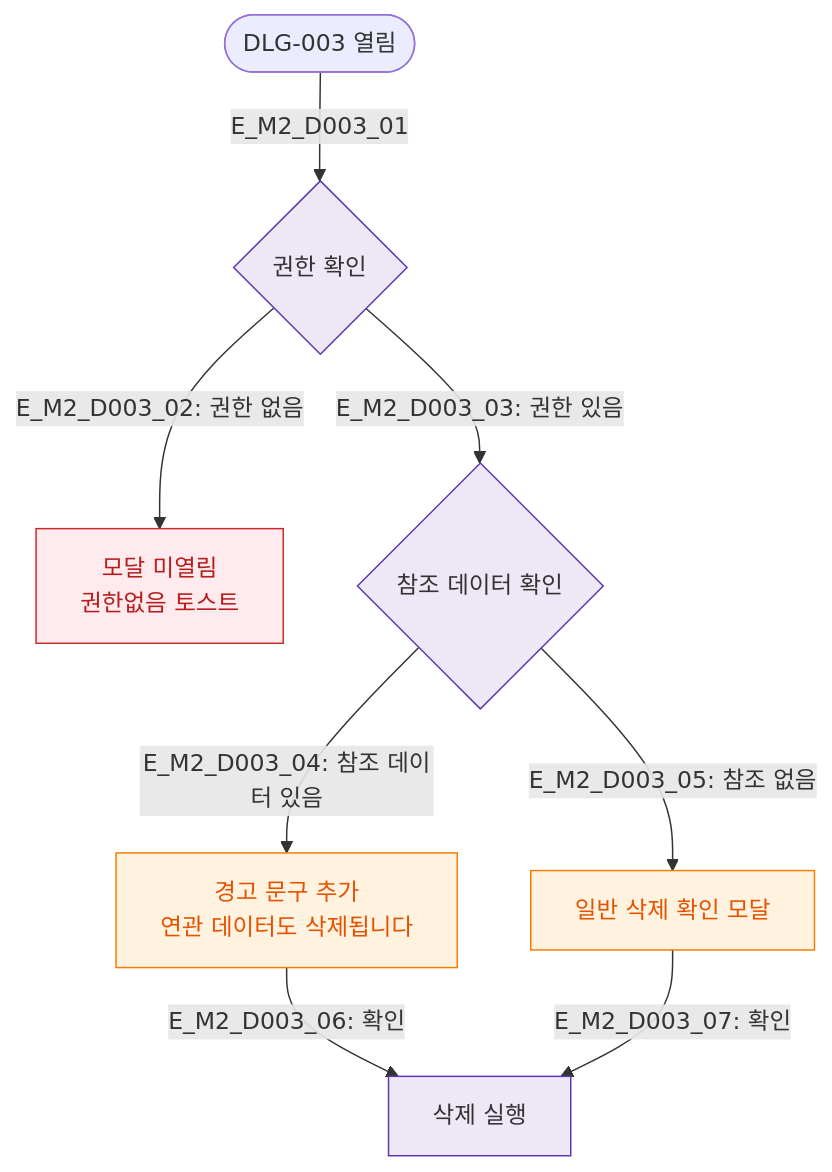
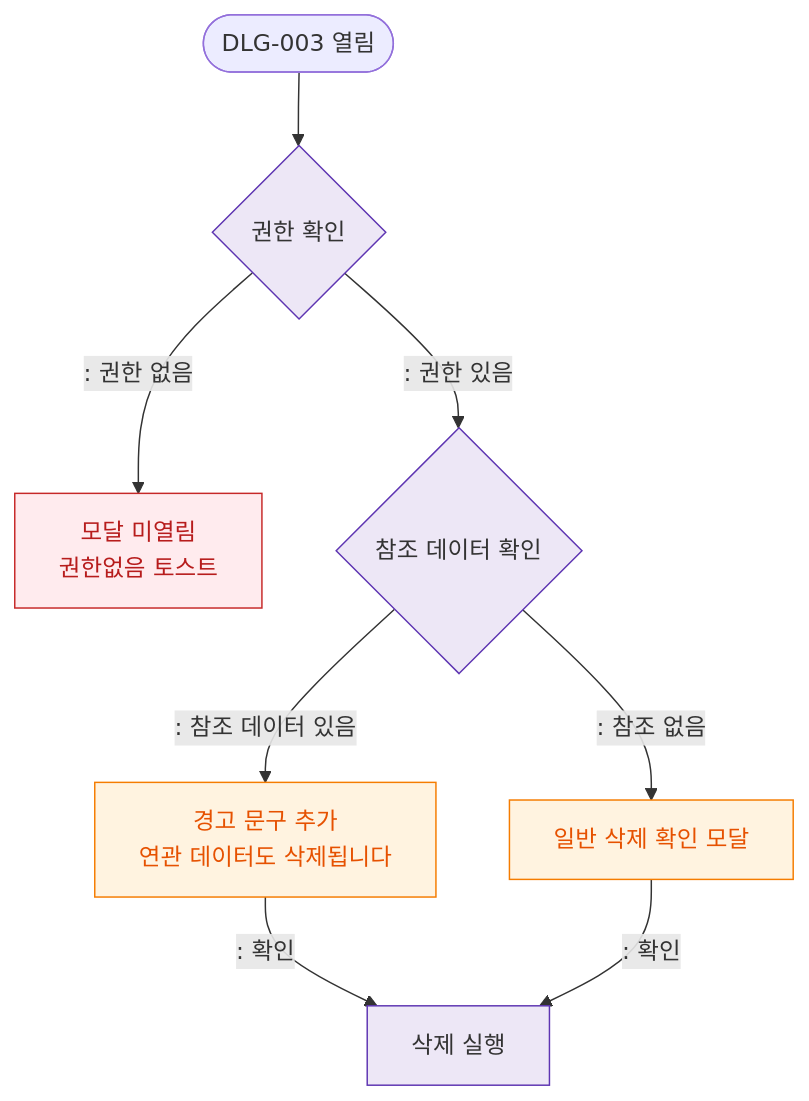
The diagram in docs/다이어그램/D01_공통/DLG/DLG-003_삭제확인/M2_필드검증.md (dev-spogym/admin-pando), drawn with Mermaid before and after one commit. The commit also changed other lines of this file and 1660 other files, not shown here.

First line of the commit message:
다이어그램: 기획자/클라이언트 납품본으로 정리

````diff
--- a/docs/다이어그램/D01_공통/DLG/DLG-003_삭제확인/M2_필드검증.md
+++ b/docs/다이어그램/D01_공통/DLG/DLG-003_삭제확인/M2_필드검증.md
@@ -19,21 +17,21 @@
 ```mermaid
 flowchart TD
-    OPEN([DLG-003 열림]) -->|E_M2_D003_01| PERM_CHECK{권한 확인}
+    OPEN([DLG-003 열림]) --> PERM_CHECK{권한 확인}
 
-    PERM_CHECK -->|"E_M2_D003_02: 권한 없음"| BLOCKED[모달 미열림\n권한없음 토스트]
-    PERM_CHECK -->|"E_M2_D003_03: 권한 있음"| REF_CHECK{참조 데이터 확인}
+    PERM_CHECK -->|": 권한 없음"|BLOCKED[모달 미열림\n권한없음 토스트]
+    PERM_CHECK -->|": 권한 있음"|REF_CHECK{참조 데이터 확인}
 
-    REF_CHECK -->|"E_M2_D003_04: 참조 데이터 있음"| WARN_MODAL[경고 문구 추가\n연관 데이터도 삭제됩니다]
-    REF_CHECK -->|"E_M2_D003_05: 참조 없음"| NORMAL_MODAL[일반 삭제 확인 모달]
+    REF_CHECK -->|": 참조 데이터 있음"|WARN_MODAL[경고 문구 추가\n연관 데이터도 삭제됩니다]
+    REF_CHECK -->|": 참조 없음"|NORMAL_MODAL[일반 삭제 확인 모달]
 
-    WARN_MODAL -->|"E_M2_D003_06: 확인"| DELETE[삭제 실행]
-    NORMAL_MODAL -->|"E_M2_D003_07: 확인"| DELETE
+    WARN_MODAL -->|": 확인"|DELETE[삭제 실행]
+    NORMAL_MODAL -->|": 확인"|DELETE
 
-    classDef modal   fill:#FFF3E0,stroke:#F57C00,color:#E65100
-    classDef system  fill:#EDE7F6,stroke:#5E35B2
-    classDef error   fill:#FFEBEE,stroke:#C62828,color:#B71C1C
+    classDef modal fill:#FFF3E0,stroke:#F57C00,color:#E65100
+    classDef system fill:#EDE7F6,stroke:#5E35B2
+    classDef error fill:#FFEBEE,stroke:#C62828,color:#B71C1C
     classDef warning fill:#FFF8E1,stroke:#F9A825,color:#F57F17
     class NORMAL_MODAL,WARN_MODAL modal
     class PERM_CHECK,REF_CHECK,DELETE system
     class BLOCKED error
 ```
````
